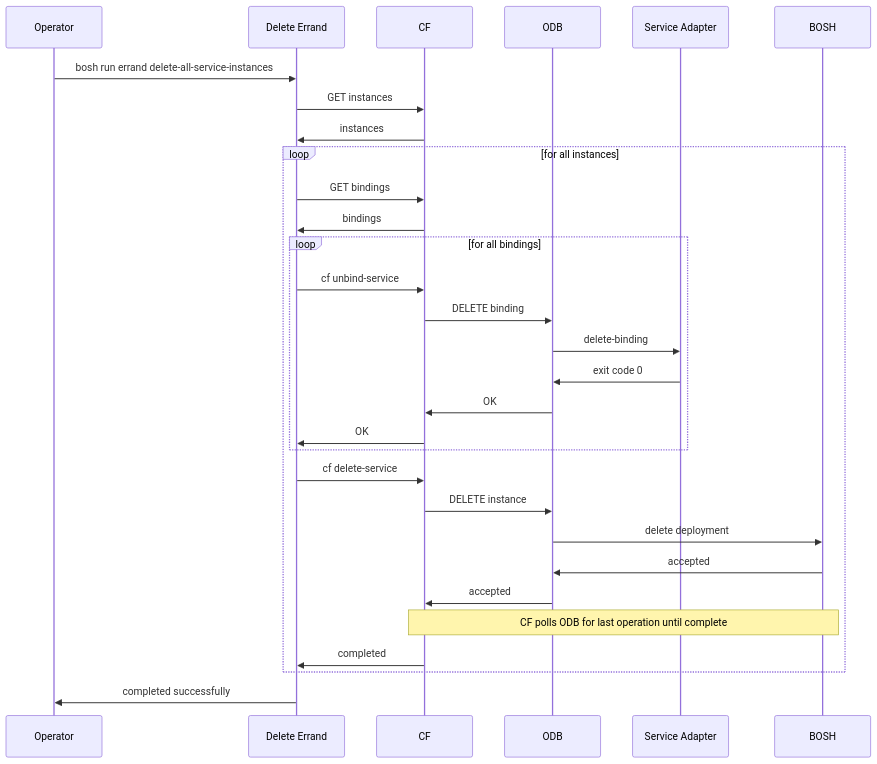
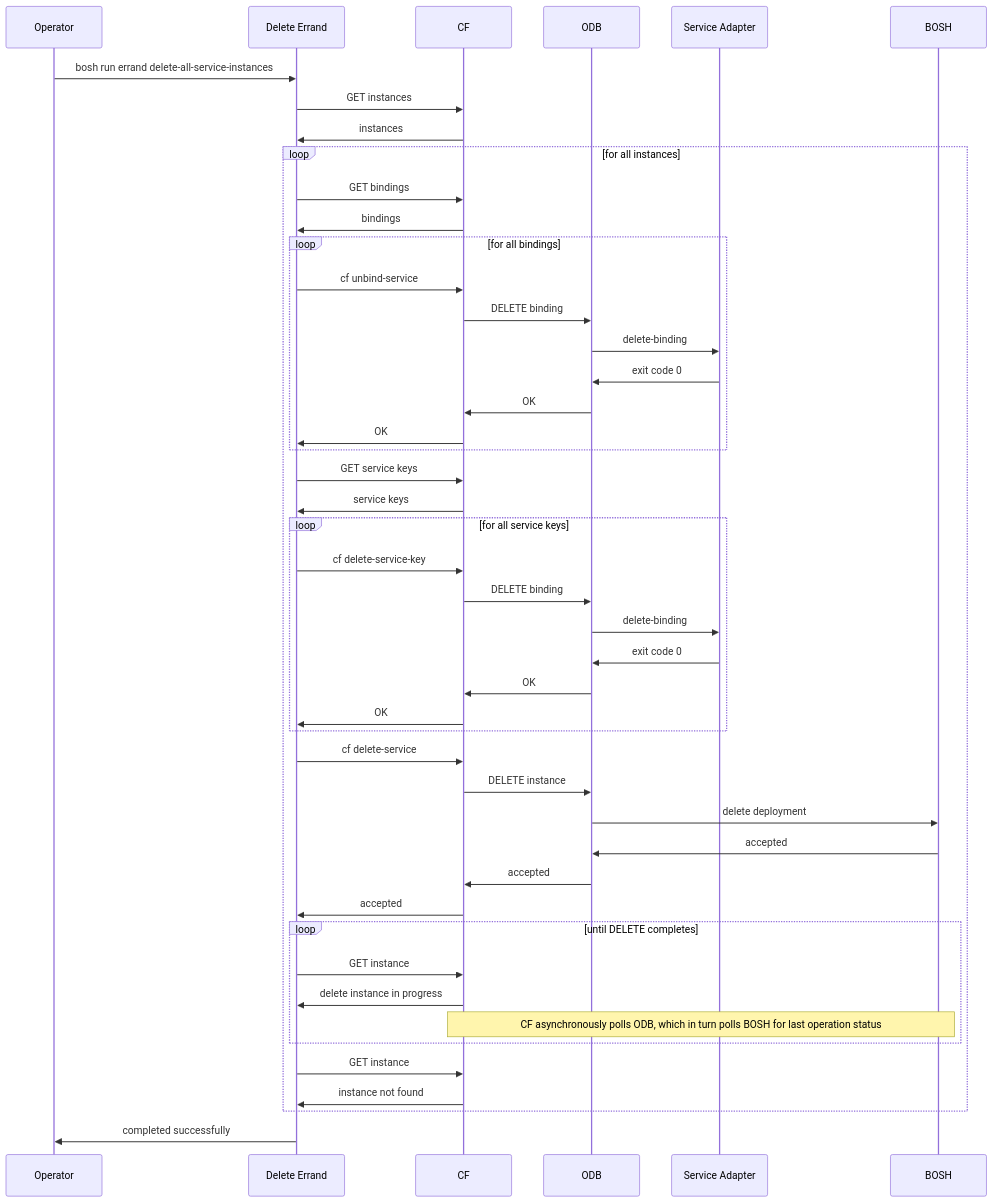
Before and after one commit to pivotal-cf/docs-on-demand-service-broker: the diagram in mmd/delete_all_instances_workflow.mmd, drawn with Mermaid. The commit also changed 1 other file, not shown here.

Commit message:
Update delete all instances errand workflow and configuration
[#141590525]

```diff
--- a/mmd/delete_all_instances_workflow.mmd
+++ b/mmd/delete_all_instances_workflow.mmd
@@ -1,26 +1,42 @@
 <div class="mermaid">
 sequenceDiagram
   Operator->>Delete Errand:bosh run errand delete-all-service-instances
   Delete Errand->>CF:GET instances
   CF->>Delete Errand:instances
   loop for all instances
     Delete Errand->>CF:GET bindings
     CF->>Delete Errand:bindings
     loop for all bindings
     Delete Errand->>CF:cf unbind-service
       CF->>ODB: DELETE binding
       ODB->>Service Adapter:delete-binding
       Service Adapter->>ODB:exit code 0
       ODB->>CF:OK
       CF->>Delete Errand:OK
     end
+    Delete Errand->>CF:GET service keys
+    CF->>Delete Errand:service keys
+    loop for all service keys
+    Delete Errand->>CF:cf delete-service-key
+      CF->>ODB: DELETE binding
+      ODB->>Service Adapter:delete-binding
+      Service Adapter->>ODB:exit code 0
+      ODB->>CF:OK
+      CF->>Delete Errand:OK
+    end
     Delete Errand->>CF:cf delete-service
     CF->>ODB:DELETE instance
     ODB->>BOSH:delete deployment
     BOSH->>ODB:accepted
     ODB->>CF:accepted
-    Note over CF,BOSH:CF polls ODB for last operation until complete
-    CF->>Delete Errand:completed
+    CF->>Delete Errand:accepted
+    loop until DELETE completes
+      Delete Errand->>CF:GET instance
+      CF->>Delete Errand:delete instance in progress
+      Note over CF,BOSH: CF asynchronously polls ODB, which in turn polls BOSH for last operation status
+    end
+    Delete Errand->>CF:GET instance
+    CF->>Delete Errand:instance not found
   end
   Delete Errand->>Operator:completed successfully
 </div>
```
